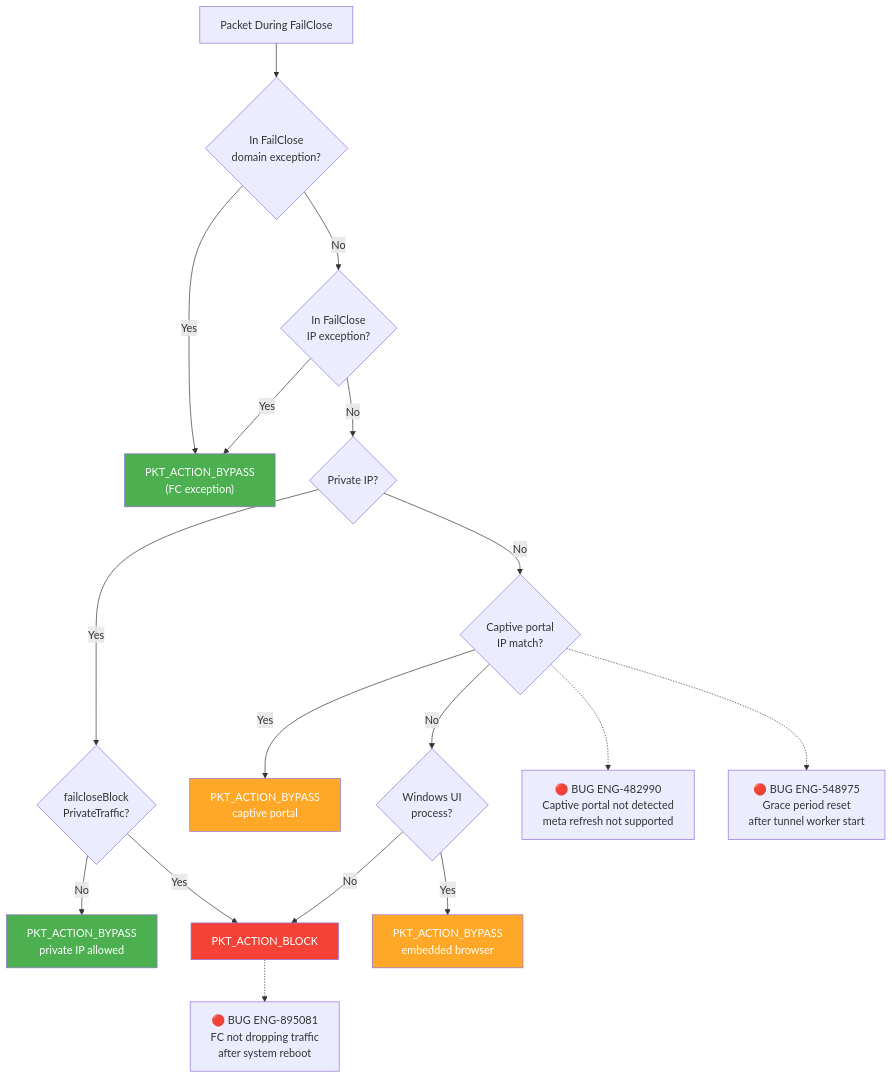
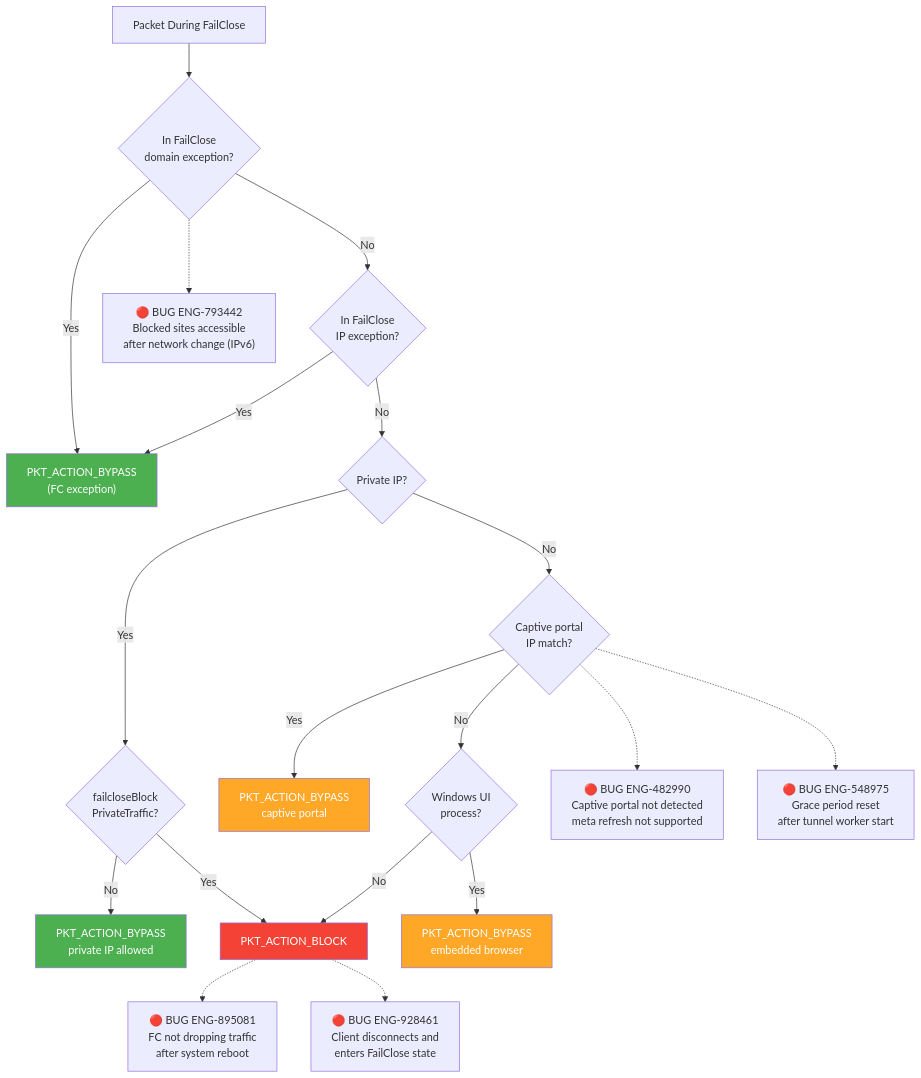
The ninth of 10 diagrams in chapters/10_bypass.md (ns-klin/endpoint_system_test_plan), drawn with Mermaid before and after one commit. The commit also changed other lines of this file and 26 other files, not shown here.

First line of the commit message:
Add 87 bugs from Excel enrichment and integrate into mermaid diagrams

````diff
--- a/chapters/10_bypass.md
+++ b/chapters/10_bypass.md
@@ -501,27 +541,29 @@
 ```mermaid
 flowchart TD
     PKT[Packet During FailClose] --> FC_DOMAIN{In FailClose<br/>domain exception?}
     FC_DOMAIN -->|Yes| BYPASS_FC["PKT_ACTION_BYPASS<br/>(FC exception)"]
     FC_DOMAIN -->|No| FC_IP{In FailClose<br/>IP exception?}
     FC_IP -->|Yes| BYPASS_FC
     FC_IP -->|No| PRIVATE{Private IP?}
     PRIVATE -->|Yes| BLOCK_PRIV{failcloseBlock<br/>PrivateTraffic?}
     BLOCK_PRIV -->|No| BYPASS_PRIV[PKT_ACTION_BYPASS<br/>private IP allowed]
     BLOCK_PRIV -->|Yes| BLOCK[PKT_ACTION_BLOCK]
     PRIVATE -->|No| CP{Captive portal<br/>IP match?}
     CP -->|Yes| BYPASS_CP[PKT_ACTION_BYPASS<br/>captive portal]
     CP -->|No| UI{Windows UI<br/>process?}
     UI -->|Yes| BYPASS_UI[PKT_ACTION_BYPASS<br/>embedded browser]
     UI -->|No| BLOCK
 
     CP -.-> BUG_CP_DETECT["🔴 BUG ENG-482990<br/>Captive portal not detected<br/>meta refresh not supported"]
     CP -.-> BUG_CP_TIMEOUT["🔴 BUG ENG-548975<br/>Grace period reset<br/>after tunnel worker start"]
 
     BLOCK -.-> BUG_REBOOT["🔴 BUG ENG-895081<br/>FC not dropping traffic<br/>after system reboot"]
+    BLOCK -.-> BUG_DISCONNECT["🔴 BUG ENG-928461<br/>Client disconnects and<br/>enters FailClose state"]
+    FC_DOMAIN -.-> BUG_NETCHANGE["🔴 BUG ENG-793442<br/>Blocked sites accessible<br/>after network change (IPv6)"]
 
     style BYPASS_FC fill:#4CAF50,color:#fff
     style BYPASS_PRIV fill:#4CAF50,color:#fff
     style BYPASS_CP fill:#FFA726,color:#fff
     style BYPASS_UI fill:#FFA726,color:#fff
     style BLOCK fill:#F44336,color:#fff
 ```
````
